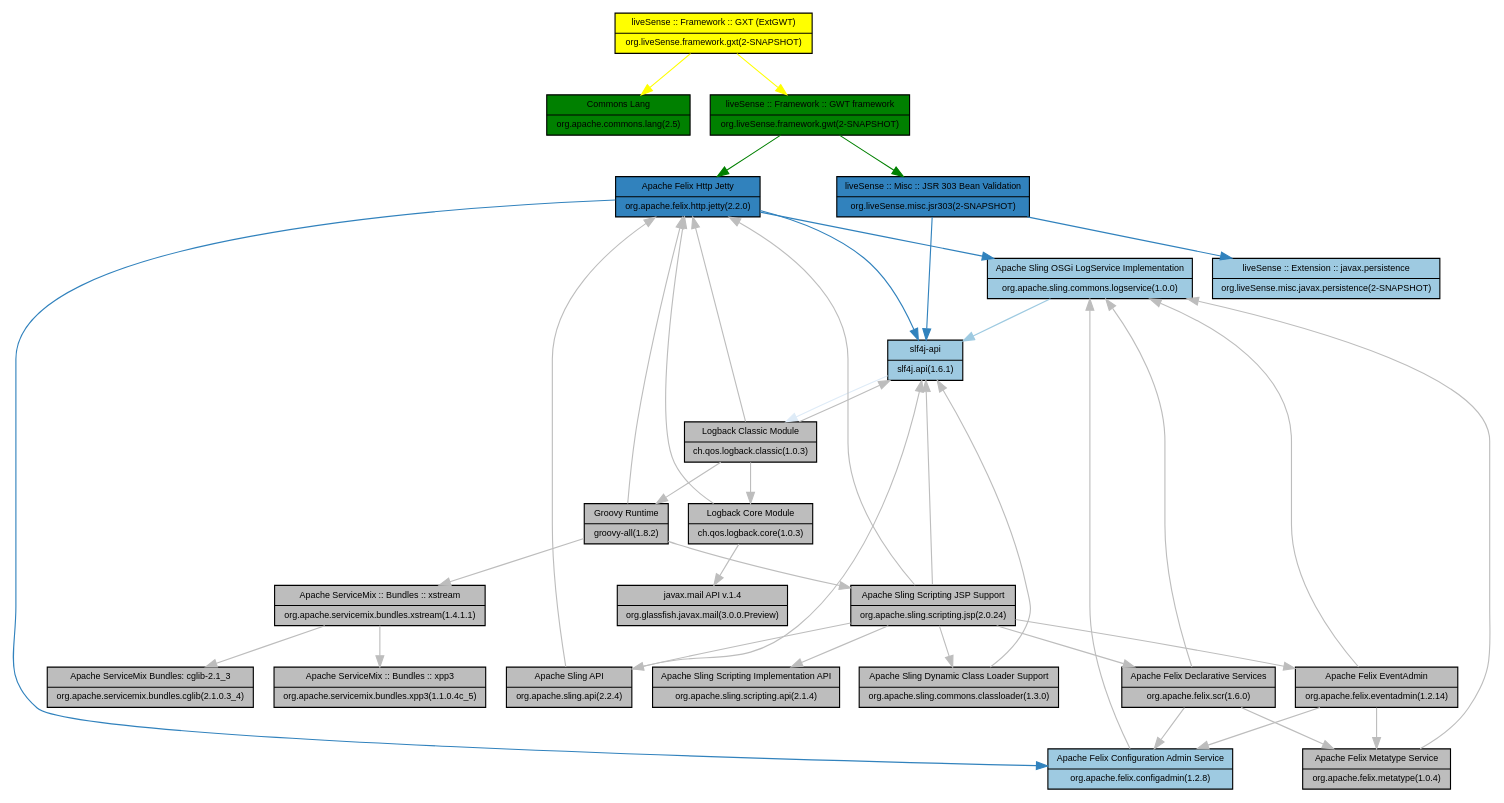
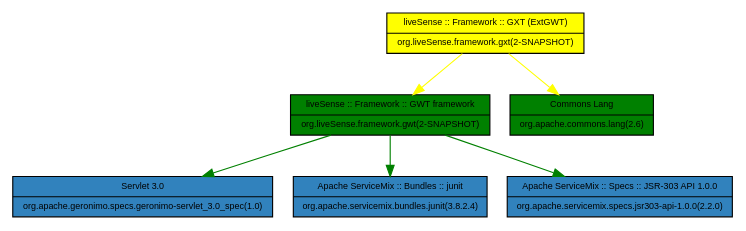
The diagram in osgidependencies.dot (liveSense/org.liveSense.framework.gxt), drawn with Graphviz before and after one commit. The commit also changed 4 other files, not shown here.

```diff
--- a/osgidependencies.dot
+++ b/osgidependencies.dot
@@ -1,65 +1,13 @@
 digraph {
 	node[shape=record, fontname="Arial", fontsize=8]node [style=filled, fillcolor=yellow, label= "{liveSense :: Framework :: GXT (ExtGWT) | org.liveSense.framework.gxt(2-SNAPSHOT)}"] org_liveSense_framework_gxt;
-node [style=filled, fillcolor=green, label= "{Commons Lang | org.apache.commons.lang(2.5)}"] org_apache_commons_lang;
 node [style=filled, fillcolor=green, label= "{liveSense :: Framework :: GWT framework | org.liveSense.framework.gwt(2-SNAPSHOT)}"] org_liveSense_framework_gwt;
-node [style=filled, fillcolor="/blues3/3", label= "{Apache Felix Http Jetty | org.apache.felix.http.jetty(2.2.0)}"] org_apache_felix_http_jetty;
-node [style=filled, fillcolor="/blues3/3", label= "{liveSense :: Misc :: JSR 303 Bean Validation | org.liveSense.misc.jsr303(2-SNAPSHOT)}"] org_liveSense_misc_jsr303;
-node [style=filled, fillcolor="/blues3/2", label= "{Apache Sling OSGi LogService Implementation | org.apache.sling.commons.logservice(1.0.0)}"] org_apache_sling_commons_logservice;
-node [style=filled, fillcolor="/blues3/2", label= "{slf4j-api | slf4j.api(1.6.1)}"] slf4j_api;
-node [style=filled, fillcolor="/blues3/2", label= "{Apache Felix Configuration Admin Service | org.apache.felix.configadmin(1.2.8)}"] org_apache_felix_configadmin;
-node [style=filled, fillcolor="/blues3/2", label= "{liveSense :: Extension :: javax.persistence | org.liveSense.misc.javax.persistence(2-SNAPSHOT)}"] org_liveSense_misc_javax_persistence;
-node [style=filled, fillcolor="/greys3/2", label= "{Logback Classic Module | ch.qos.logback.classic(1.0.3)}"] ch_qos_logback_classic;
-node [style=filled, fillcolor="/greys3/2", label= "{Logback Core Module | ch.qos.logback.core(1.0.3)}"] ch_qos_logback_core;
-node [style=filled, fillcolor="/greys3/2", label= "{Groovy Runtime | groovy-all(1.8.2)}"] groovy_all;
-node [style=filled, fillcolor="/greys3/2", label= "{javax.mail API v.1.4 | org.glassfish.javax.mail(3.0.0.Preview)}"] org_glassfish_javax_mail;
-node [style=filled, fillcolor="/greys3/2", label= "{Apache ServiceMix :: Bundles :: xstream | org.apache.servicemix.bundles.xstream(1.4.1.1)}"] org_apache_servicemix_bundles_xstream;
-node [style=filled, fillcolor="/greys3/2", label= "{Apache Sling Scripting JSP Support | org.apache.sling.scripting.jsp(2.0.24)}"] org_apache_sling_scripting_jsp;
-node [style=filled, fillcolor="/greys3/2", label= "{Apache ServiceMix :: Bundles :: xpp3 | org.apache.servicemix.bundles.xpp3(1.1.0.4c_5)}"] org_apache_servicemix_bundles_xpp3;
-node [style=filled, fillcolor="/greys3/2", label= "{Apache ServiceMix Bundles: cglib-2.1_3 | org.apache.servicemix.bundles.cglib(2.1.0.3_4)}"] org_apache_servicemix_bundles_cglib;
-node [style=filled, fillcolor="/greys3/2", label= "{Apache Felix Declarative Services | org.apache.felix.scr(1.6.0)}"] org_apache_felix_scr;
-node [style=filled, fillcolor="/greys3/2", label= "{Apache Sling API | org.apache.sling.api(2.2.4)}"] org_apache_sling_api;
-node [style=filled, fillcolor="/greys3/2", label= "{Apache Sling Dynamic Class Loader Support | org.apache.sling.commons.classloader(1.3.0)}"] org_apache_sling_commons_classloader;
-node [style=filled, fillcolor="/greys3/2", label= "{Apache Sling Scripting Implementation API | org.apache.sling.scripting.api(2.1.4)}"] org_apache_sling_scripting_api;
-node [style=filled, fillcolor="/greys3/2", label= "{Apache Felix EventAdmin | org.apache.felix.eventadmin(1.2.14)}"] org_apache_felix_eventadmin;
-node [style=filled, fillcolor="/greys3/2", label= "{Apache Felix Metatype Service | org.apache.felix.metatype(1.0.4)}"] org_apache_felix_metatype;
+node [style=filled, fillcolor=green, label= "{Commons Lang | org.apache.commons.lang(2.6)}"] org_apache_commons_lang;
+node [style=filled, fillcolor="/blues3/3", label= "{Servlet 3.0 | org.apache.geronimo.specs.geronimo-servlet_3.0_spec(1.0)}"] org_apache_geronimo_specs_geronimo_servlet_3_0_spec;
+node [style=filled, fillcolor="/blues3/3", label= "{Apache ServiceMix :: Bundles :: junit | org.apache.servicemix.bundles.junit(3.8.2.4)}"] org_apache_servicemix_bundles_junit;
+node [style=filled, fillcolor="/blues3/3", label= "{Apache ServiceMix :: Specs :: JSR-303 API 1.0.0 | org.apache.servicemix.specs.jsr303-api-1.0.0(2.2.0)}"] org_apache_servicemix_specs_jsr303_api_1_0_0;
+org_liveSense_framework_gxt -> org_liveSense_framework_gwt [color=yellow];
 org_liveSense_framework_gxt -> org_apache_commons_lang [color=yellow];
-org_liveSense_framework_gxt -> org_liveSense_framework_gwt [color=yellow];
-org_liveSense_framework_gwt -> org_apache_felix_http_jetty [color=green];
-org_liveSense_framework_gwt -> org_liveSense_misc_jsr303 [color=green];
-org_apache_felix_http_jetty -> org_apache_sling_commons_logservice [color="/blues3/3"];
-org_apache_felix_http_jetty -> slf4j_api [color="/blues3/3"];
-org_apache_felix_http_jetty -> org_apache_felix_configadmin [color="/blues3/3"];
-org_liveSense_misc_jsr303 -> org_liveSense_misc_javax_persistence [color="/blues3/3"];
-org_liveSense_misc_jsr303 -> slf4j_api [color="/blues3/3"];
-org_apache_sling_commons_logservice -> slf4j_api [color="/blues3/2"];
-slf4j_api -> ch_qos_logback_classic [color="/blues3/1"];
-ch_qos_logback_classic -> ch_qos_logback_core [color="/greys3/2"];
-ch_qos_logback_classic -> org_apache_felix_http_jetty [color="/greys3/2"];
-ch_qos_logback_classic -> slf4j_api [color="/greys3/2"];
-ch_qos_logback_classic -> groovy_all [color="/greys3/2"];
-ch_qos_logback_core -> org_glassfish_javax_mail [color="/greys3/2"];
-ch_qos_logback_core -> org_apache_felix_http_jetty [color="/greys3/2"];
-groovy_all -> org_apache_servicemix_bundles_xstream [color="/greys3/2"];
-groovy_all -> org_apache_felix_http_jetty [color="/greys3/2"];
-groovy_all -> org_apache_sling_scripting_jsp [color="/greys3/2"];
-org_apache_servicemix_bundles_xstream -> org_apache_servicemix_bundles_xpp3 [color="/greys3/2"];
-org_apache_servicemix_bundles_xstream -> org_apache_servicemix_bundles_cglib [color="/greys3/2"];
-org_apache_sling_scripting_jsp -> org_apache_felix_scr [color="/greys3/2"];
-org_apache_sling_scripting_jsp -> org_apache_sling_api [color="/greys3/2"];
-org_apache_sling_scripting_jsp -> org_apache_sling_commons_classloader [color="/greys3/2"];
-org_apache_sling_scripting_jsp -> org_apache_felix_http_jetty [color="/greys3/2"];
-org_apache_sling_scripting_jsp -> org_apache_sling_scripting_api [color="/greys3/2"];
-org_apache_sling_scripting_jsp -> slf4j_api [color="/greys3/2"];
-org_apache_sling_scripting_jsp -> org_apache_felix_eventadmin [color="/greys3/2"];
-org_apache_felix_scr -> org_apache_felix_metatype [color="/greys3/2"];
-org_apache_felix_scr -> org_apache_sling_commons_logservice [color="/greys3/2"];
-org_apache_felix_scr -> org_apache_felix_configadmin [color="/greys3/2"];
-org_apache_sling_api -> org_apache_felix_http_jetty [color="/greys3/2"];
-org_apache_sling_api -> slf4j_api [color="/greys3/2"];
-org_apache_sling_commons_classloader -> slf4j_api [color="/greys3/2"];
-org_apache_felix_eventadmin -> org_apache_felix_metatype [color="/greys3/2"];
-org_apache_felix_eventadmin -> org_apache_sling_commons_logservice [color="/greys3/2"];
-org_apache_felix_eventadmin -> org_apache_felix_configadmin [color="/greys3/2"];
-org_apache_felix_metatype -> org_apache_sling_commons_logservice [color="/greys3/2"];
-org_apache_felix_configadmin -> org_apache_sling_commons_logservice [color="/greys3/2"];
-{rank=same;org_apache_commons_lang;org_liveSense_framework_gwt;};}
+org_liveSense_framework_gwt -> org_apache_geronimo_specs_geronimo_servlet_3_0_spec [color=green];
+org_liveSense_framework_gwt -> org_apache_servicemix_bundles_junit [color=green];
+org_liveSense_framework_gwt -> org_apache_servicemix_specs_jsr303_api_1_0_0 [color=green];
+{rank=same;org_liveSense_framework_gwt;org_apache_commons_lang;};}
```
